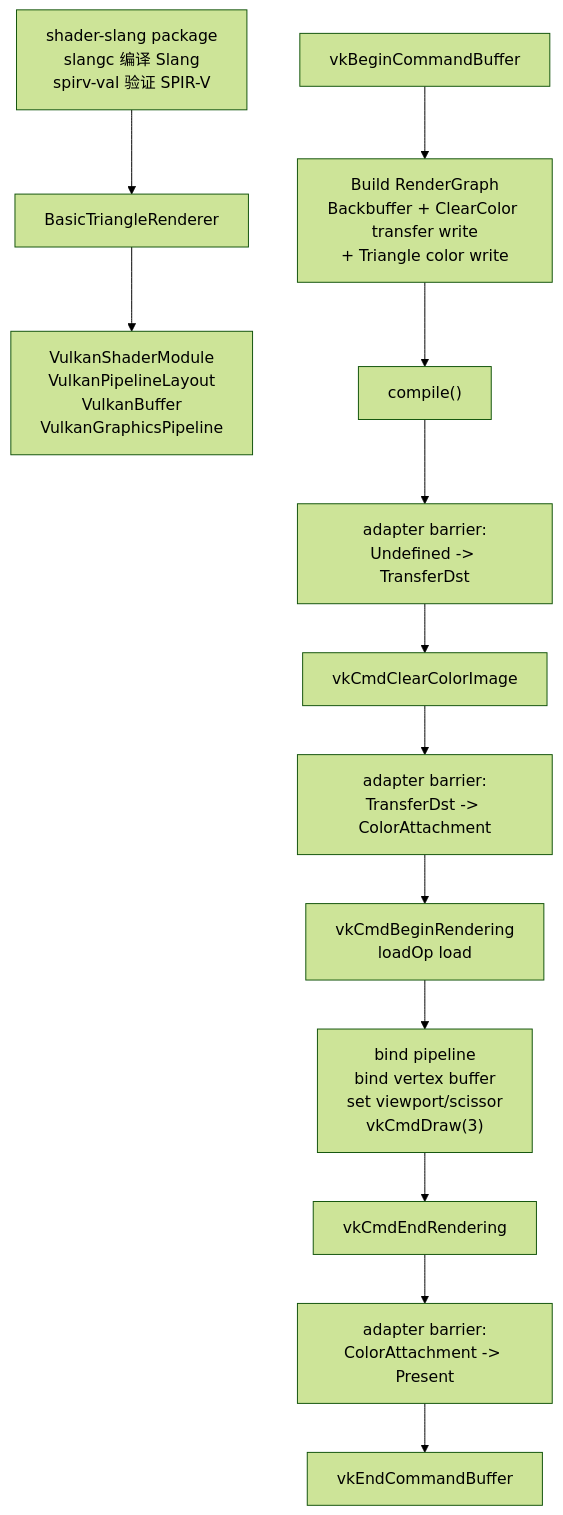
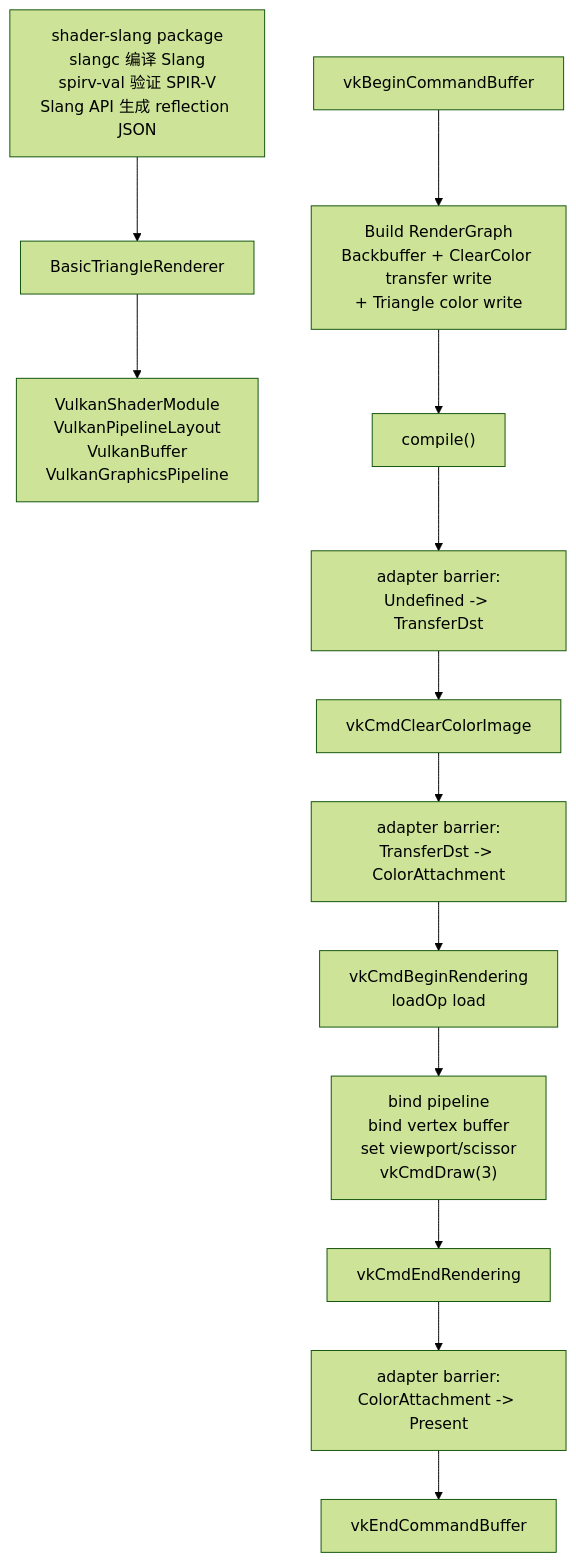
Before and after one commit to 66six11/Engine: the sixth of 9 diagrams in docs/flow-architecture.md, drawn with Mermaid (forest theme). The commit also changed other lines of this file and 5 other files, not shown here.

Commit message:
feat: add slang reflection outputs

````diff
--- a/docs/flow-architecture.md
+++ b/docs/flow-architecture.md
@@ -171,20 +171,20 @@
 ```mermaid
 flowchart TD
-    ShaderBuild["shader-slang package<br/>slangc 编译 Slang<br/>spirv-val 验证 SPIR-V"]
+    ShaderBuild["shader-slang package<br/>slangc 编译 Slang<br/>spirv-val 验证 SPIR-V<br/>Slang API 生成 reflection JSON"]
     RendererObject["BasicTriangleRenderer"]
     PipelineObjects["VulkanShaderModule<br/>VulkanPipelineLayout<br/>VulkanBuffer<br/>VulkanGraphicsPipeline"]
     Begin["vkBeginCommandBuffer"]
     BuildGraph["Build RenderGraph<br/>Backbuffer + ClearColor transfer write<br/>+ Triangle color write"]
     Compile["compile()"]
     ToTransfer["adapter barrier:<br/>Undefined -> TransferDst"]
     Clear["vkCmdClearColorImage"]
     ToColor["adapter barrier:<br/>TransferDst -> ColorAttachment"]
     BeginRendering["vkCmdBeginRendering<br/>loadOp load"]
     Draw["bind pipeline<br/>bind vertex buffer<br/>set viewport/scissor<br/>vkCmdDraw(3)"]
     EndRendering["vkCmdEndRendering"]
     ToPresent["adapter barrier:<br/>ColorAttachment -> Present"]
     End["vkEndCommandBuffer"]
 
     ShaderBuild --> RendererObject --> PipelineObjects
     Begin --> BuildGraph --> Compile --> ToTransfer --> Clear --> ToColor --> BeginRendering --> Draw --> EndRendering --> ToPresent --> End
 ```
````
